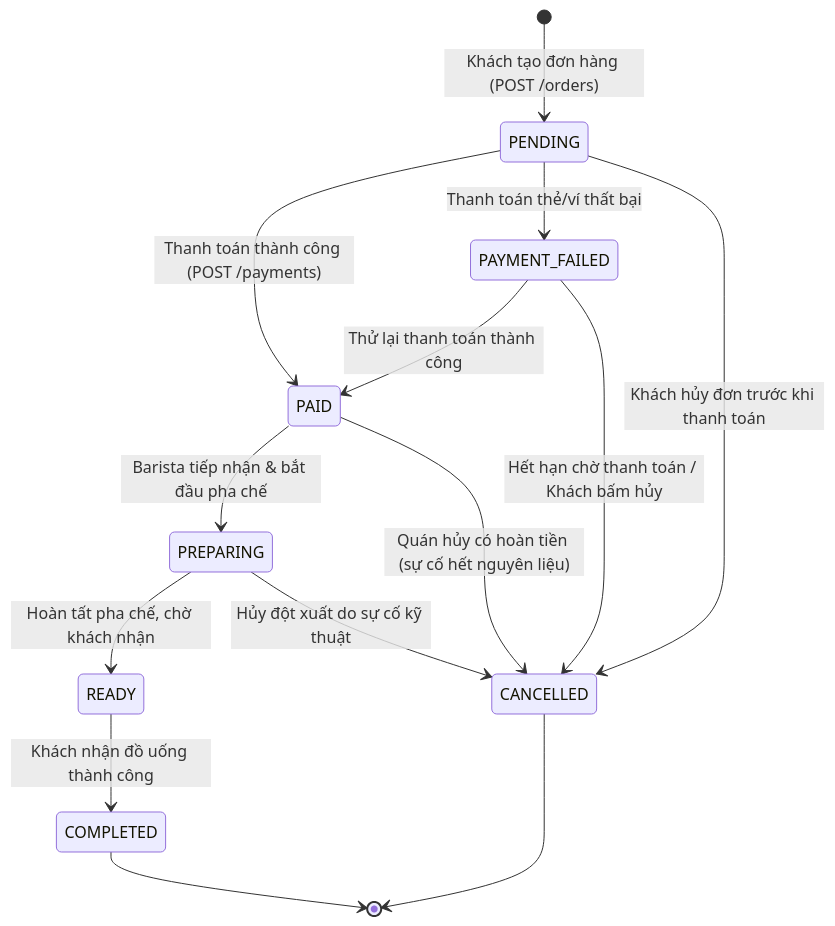
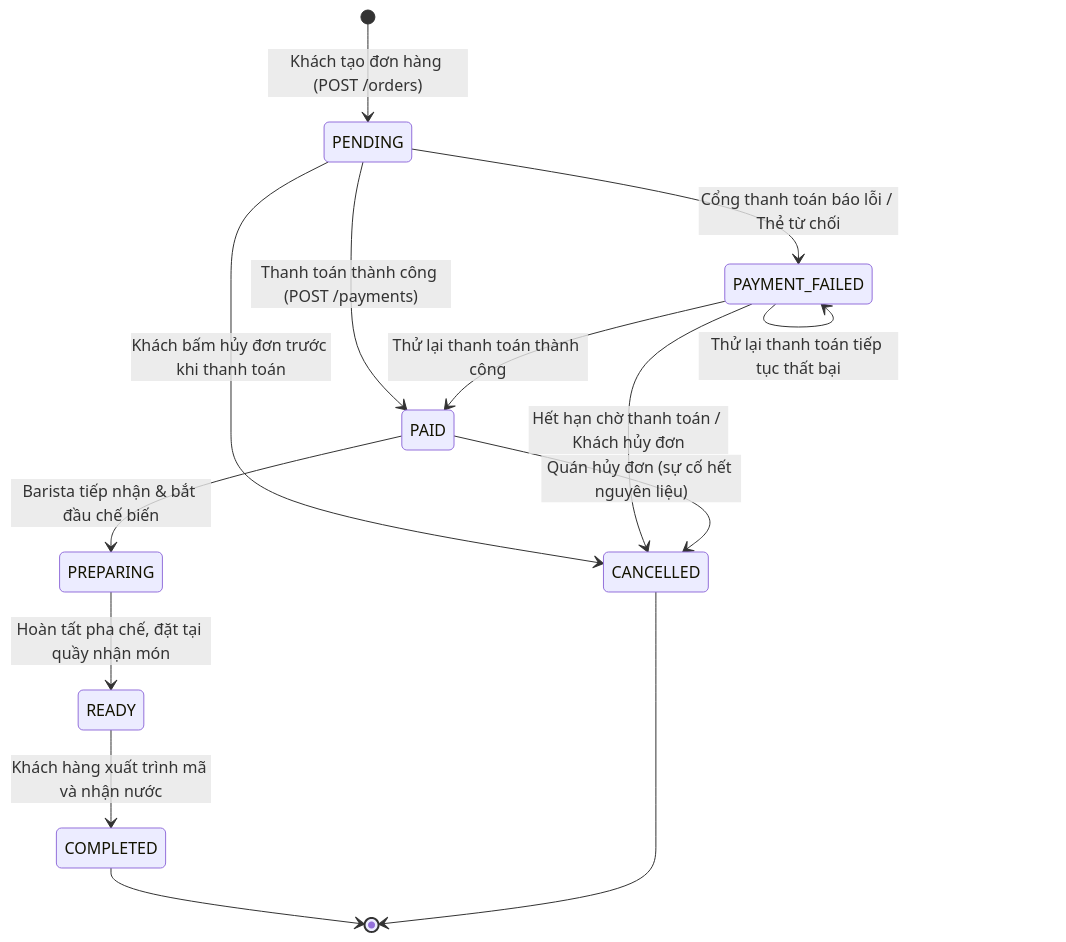
Before and after one commit to Minh628/BrewLite: the fifth of 5 diagrams in docs/architecture.md, drawn with Mermaid. The commit also changed other lines of this file and 1 other file, not shown here.

Commit message:
docs(architecture): update architecture v3 and add ADR-003 for state machine and idempotency

````diff
--- a/docs/architecture.md
+++ b/docs/architecture.md
@@ -501,21 +371,22 @@
 ```mermaid
 stateDiagram-v2
     [*] --> PENDING: Khách tạo đơn hàng (POST /orders)
 
     PENDING --> PAID: Thanh toán thành công (POST /payments)
-    PENDING --> PAYMENT_FAILED: Thanh toán thẻ/ví thất bại
-    PENDING --> CANCELLED: Khách hủy đơn trước khi thanh toán
+    PENDING --> PAYMENT_FAILED: Cổng thanh toán báo lỗi / Thẻ từ chối
+    PENDING --> CANCELLED: Khách bấm hủy đơn trước khi thanh toán
 
     PAYMENT_FAILED --> PAID: Thử lại thanh toán thành công
-    PAYMENT_FAILED --> CANCELLED: Hết hạn chờ thanh toán / Khách bấm hủy
+    PAYMENT_FAILED --> PAYMENT_FAILED: Thử lại thanh toán tiếp tục thất bại
+    PAYMENT_FAILED --> CANCELLED: Hết hạn chờ thanh toán / Khách hủy đơn
 
-    PAID --> PREPARING: Barista tiếp nhận & bắt đầu pha chế
-    PREPARING --> READY: Hoàn tất pha chế, chờ khách nhận
-    READY --> COMPLETED: Khách nhận đồ uống thành công
+    PAID --> PREPARING: Barista tiếp nhận & bắt đầu chế biến
+    PAID --> CANCELLED: Quán hủy đơn (sự cố hết nguyên liệu)
 
-    PAID --> CANCELLED: Quán hủy có hoàn tiền (sự cố hết nguyên liệu)
-    PREPARING --> CANCELLED: Hủy đột xuất do sự cố kỹ thuật
+    PREPARING --> READY: Hoàn tất pha chế, đặt tại quầy nhận món
+
+    READY --> COMPLETED: Khách hàng xuất trình mã và nhận nước
 
     COMPLETED --> [*]
     CANCELLED --> [*]
 ```
````
